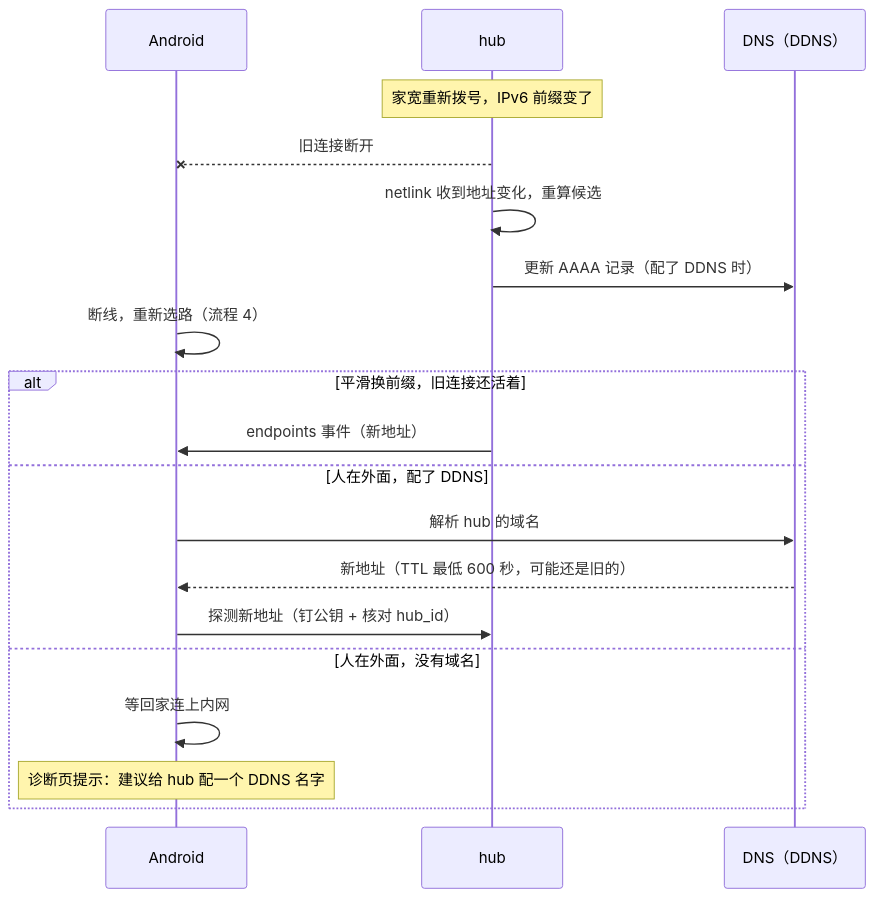
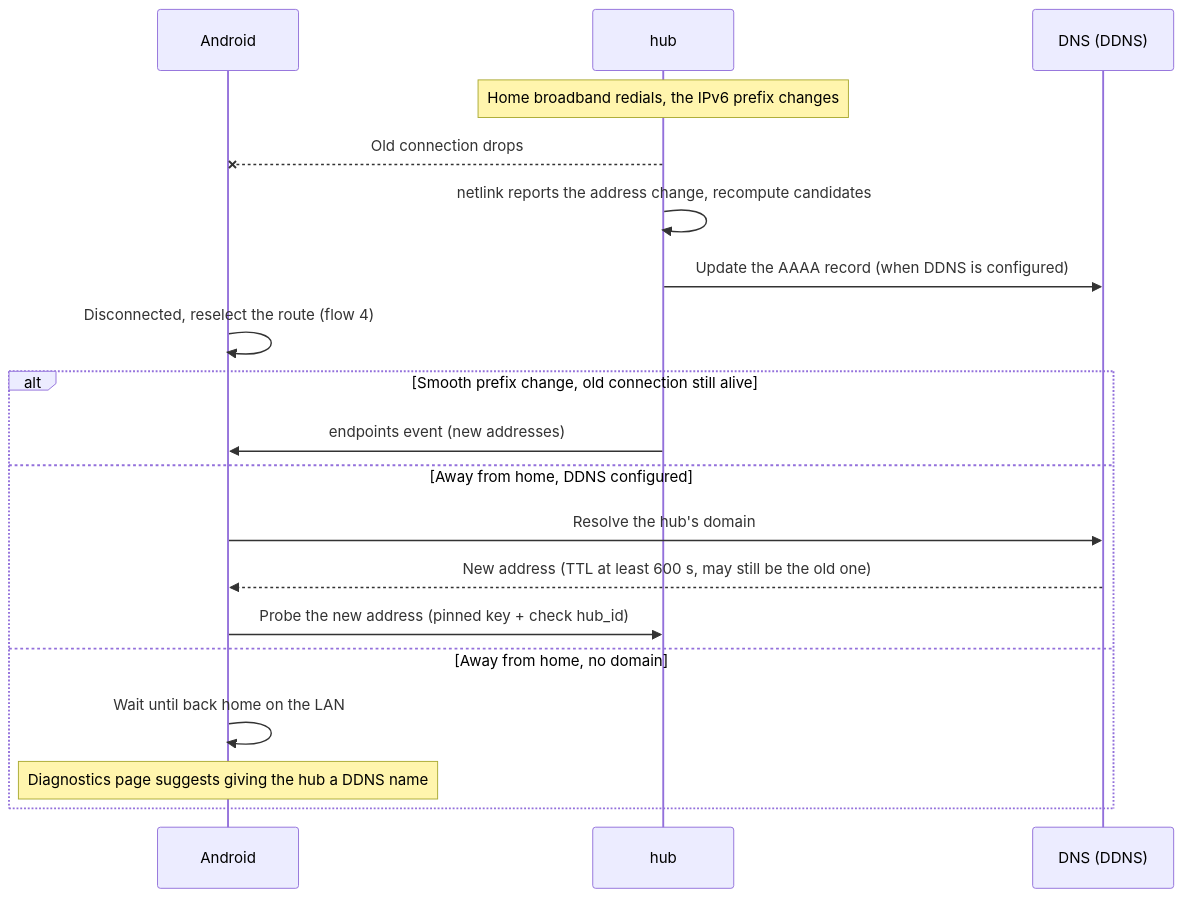
One commit to 413180794/persona changed the seventh of 15 diagrams in docs/redesign/flows.md. Above: the diagram before and after it, drawn with Mermaid. The commit also changed other lines of this file and 6 other files, not shown here.

````diff
--- a/docs/redesign/flows.md
+++ b/docs/redesign/flows.md
@@ -175,21 +175,21 @@
 ```mermaid
 sequenceDiagram
   participant A as Android
   participant H as hub
-  participant D as DNS（DDNS）
-  Note over H: 家宽重新拨号，IPv6 前缀变了
-  H--xA: 旧连接断开
-  H->>H: netlink 收到地址变化，重算候选
-  H->>D: 更新 AAAA 记录（配了 DDNS 时）
-  A->>A: 断线，重新选路（流程 4）
-  alt 平滑换前缀，旧连接还活着
-    H->>A: endpoints 事件（新地址）
-  else 人在外面，配了 DDNS
-    A->>D: 解析 hub 的域名
-    D-->>A: 新地址（TTL 最低 600 秒，可能还是旧的）
-    A->>H: 探测新地址（钉公钥 + 核对 hub_id）
-  else 人在外面，没有域名
-    A->>A: 等回家连上内网
-    Note over A: 诊断页提示：建议给 hub 配一个 DDNS 名字
+  participant D as DNS (DDNS)
+  Note over H: Home broadband redials, the IPv6 prefix changes
+  H--xA: Old connection drops
+  H->>H: netlink reports the address change, recompute candidates
+  H->>D: Update the AAAA record (when DDNS is configured)
+  A->>A: Disconnected, reselect the route (flow 4)
+  alt Smooth prefix change, old connection still alive
+    H->>A: endpoints event (new addresses)
+  else Away from home, DDNS configured
+    A->>D: Resolve the hub's domain
+    D-->>A: New address (TTL at least 600 s, may still be the old one)
+    A->>H: Probe the new address (pinned key + check hub_id)
+  else Away from home, no domain
+    A->>A: Wait until back home on the LAN
+    Note over A: Diagnostics page suggests giving the hub a DDNS name
   end
 ```
````
